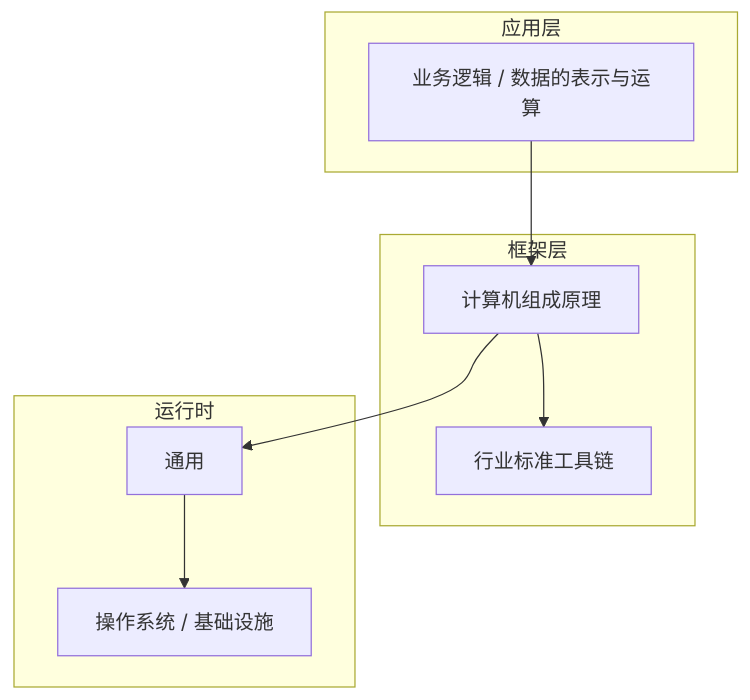
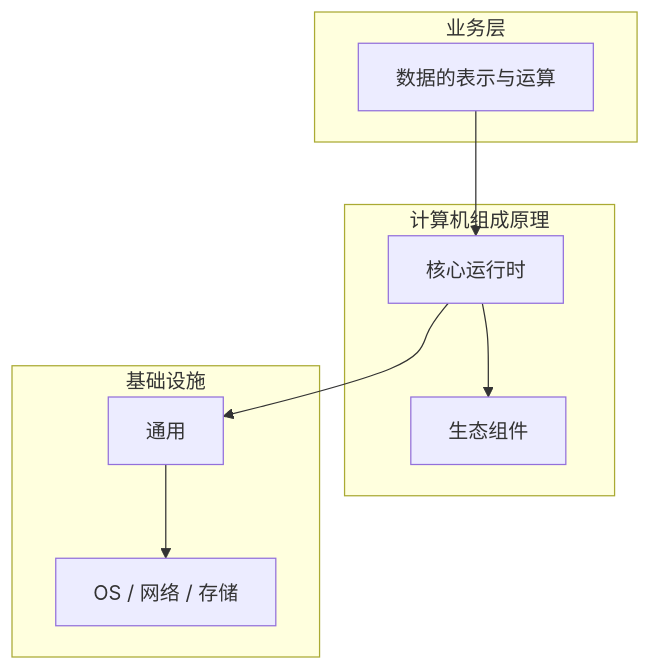
One commit to yanggan2015/knowledge-json-v2 changed the diagram in articles/计算机组成原理/chapters/011-数据的表示与运算核心概念与原理.md. Above: the diagram before and after it, drawn with Mermaid. The commit also changed other lines of this file and 10127 other files, not shown here.

````diff
--- a/articles/计算机组成原理/chapters/011-数据的表示与运算核心概念与原理.md
+++ b/articles/计算机组成原理/chapters/011-数据的表示与运算核心概念与原理.md
@@ -45,18 +34,18 @@
 ```mermaid
 graph TB
-    subgraph 应用层
-        A[业务逻辑 / 数据的表示与运算]
+    subgraph 业务层
+        A[数据的表示与运算]
     end
-    subgraph 框架层
-        B[计算机组成原理]
-        C[行业标准工具链]
+    subgraph 计算机组成原理
+        B[核心运行时]
+        C[生态组件]
     end
-    subgraph 运行时
+    subgraph 基础设施
         D[通用]
-        E[操作系统 / 基础设施]
+        E[OS / 网络 / 存储]
     end
     A --> B
     B --> C
     B --> D
     D --> E
 ```
````
